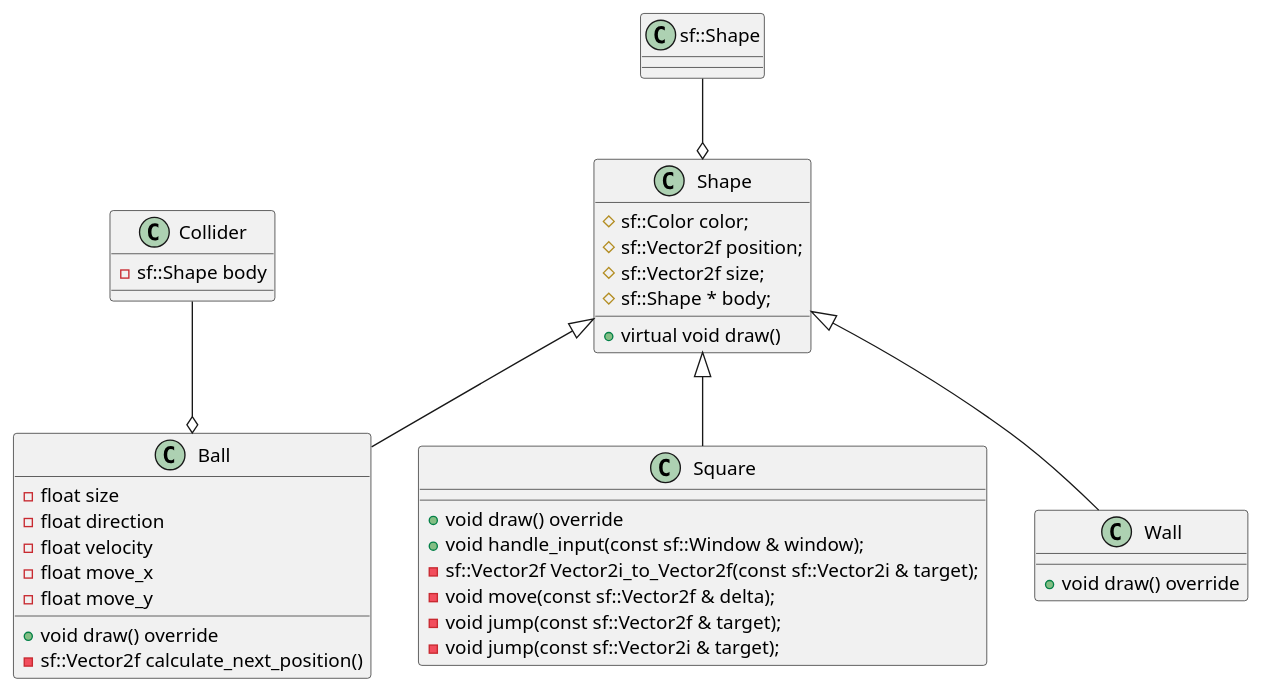
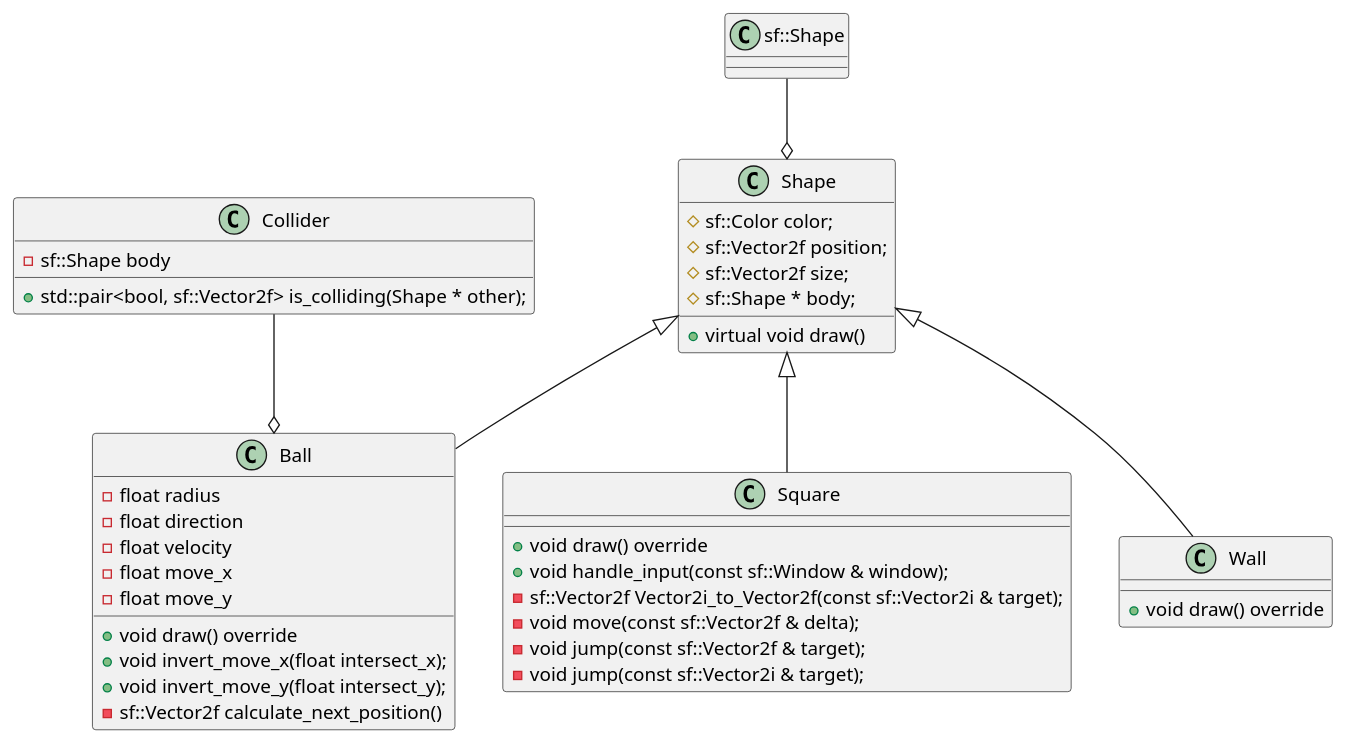
Before and after one commit to ramonvermeulen/cplusplus: the diagram in week1/diagram.plantuml, drawn with PlantUML. The commit also changed 6 other files, not shown here.

```diff
--- a/week1/diagram.plantuml
+++ b/week1/diagram.plantuml
@@ -1,47 +1,50 @@
 @startuml walls_and_bouncing
 
 class Shape {
   # sf::Color color;
   # sf::Vector2f position;
   # sf::Vector2f size;
   # sf::Shape * body;
   + virtual void draw()
 }
 
 class Square {
   + void draw() override
   + void handle_input(const sf::Window & window);
   - sf::Vector2f Vector2i_to_Vector2f(const sf::Vector2i & target);
   - void move(const sf::Vector2f & delta);
   - void jump(const sf::Vector2f & target);
   - void jump(const sf::Vector2i & target);
 }
 
 class Ball {
-  - float size
+  - float radius
   - float direction
   - float velocity
   - float move_x
   - float move_y
   + void draw() override
+  + void invert_move_x(float intersect_x);
+  + void invert_move_y(float intersect_y);
   - sf::Vector2f calculate_next_position()
 }
 
 class Wall {
   + void draw() override
 }
 
 class Collider {
   - sf::Shape body
+  + std::pair<bool, sf::Vector2f> is_colliding(Shape * other);
 }
 
 class sf::Shape {
 
 }
 
 Shape <|-- Square
 Shape <|-- Ball
 Shape <|-- Wall
 sf::Shape --o Shape
 Collider --o Ball
 @enduml
```
